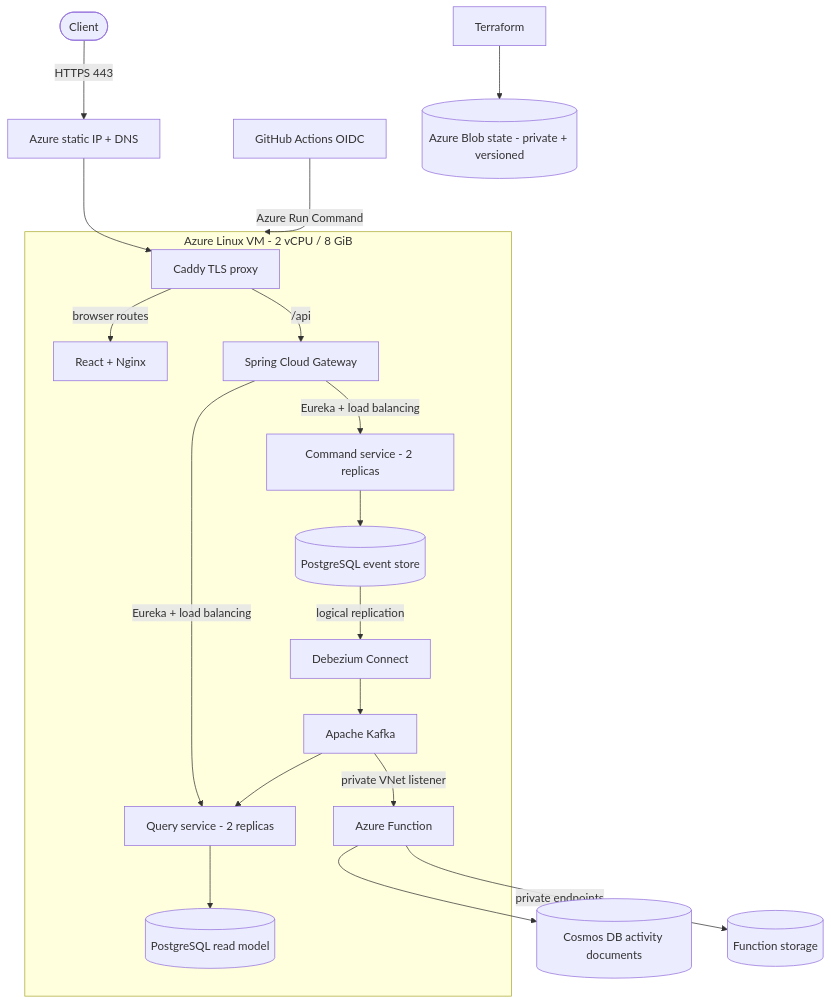
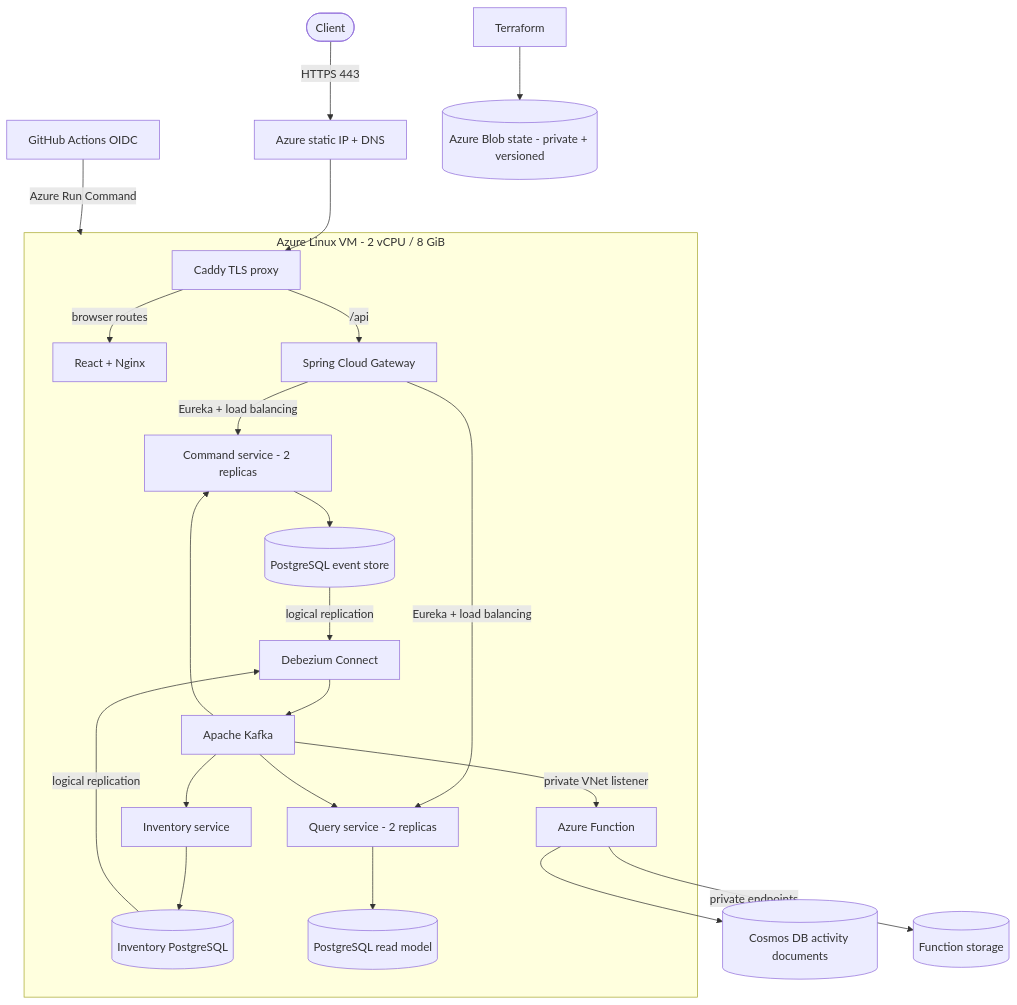
One commit to karacsonybarni/event-sourced-cqrs-microservices changed the diagram in docs/azure-deployment.md. Above: the diagram before and after it, drawn with Mermaid. The commit also changed other lines of this file and 78 other files, not shown here.

````diff
--- a/docs/azure-deployment.md
+++ b/docs/azure-deployment.md
@@ -17,24 +17,28 @@
 ```mermaid
 flowchart TB
     Internet([Client]) -->|HTTPS 443| IP[Azure static IP + DNS]
     IP --> Caddy[Caddy TLS proxy]
 
     subgraph VM[Azure Linux VM - 2 vCPU / 8 GiB]
         Caddy -->|browser routes| Frontend[React + Nginx]
         Caddy -->|/api| Gateway[Spring Cloud Gateway]
         Gateway -->|Eureka + load balancing| Command[Command service - 2 replicas]
         Gateway -->|Eureka + load balancing| Query[Query service - 2 replicas]
         Command --> EventStore[(PostgreSQL event store)]
         EventStore -->|logical replication| Debezium[Debezium Connect]
         Debezium --> Kafka[Apache Kafka]
+        Kafka --> Inventory[Inventory service]
+        Inventory --> InventoryDB[(Inventory PostgreSQL)]
+        InventoryDB -->|logical replication| Debezium
+        Kafka --> Command
         Kafka --> Query
         Query --> QueryDB[(PostgreSQL read model)]
         Kafka -->|private VNet listener| Function[Azure Function]
     end
 
     Function --> Cosmos[(Cosmos DB activity documents)]
     Function -->|private endpoints| FunctionStorage[(Function storage)]
 
     GitHub[GitHub Actions OIDC] -->|Azure Run Command| VM
     Terraform[Terraform] --> State[(Azure Blob state - private + versioned)]
 ```
````
